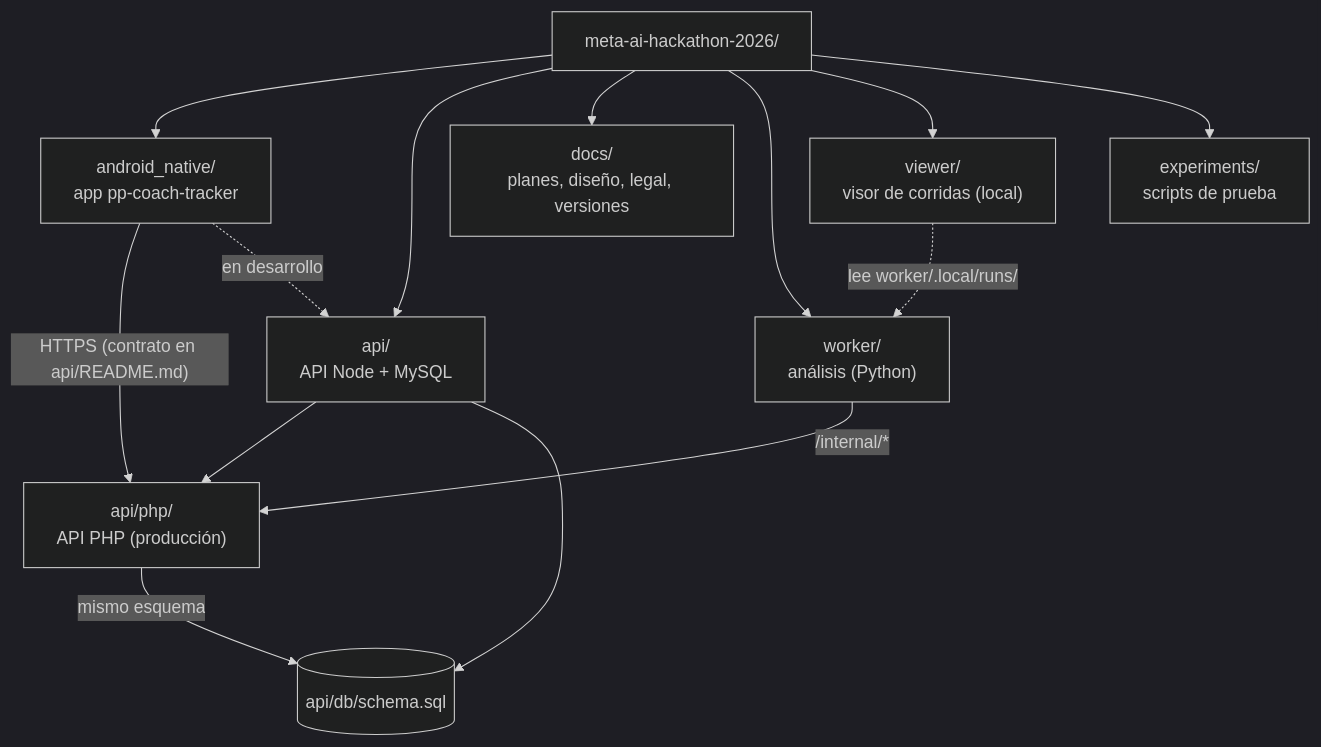
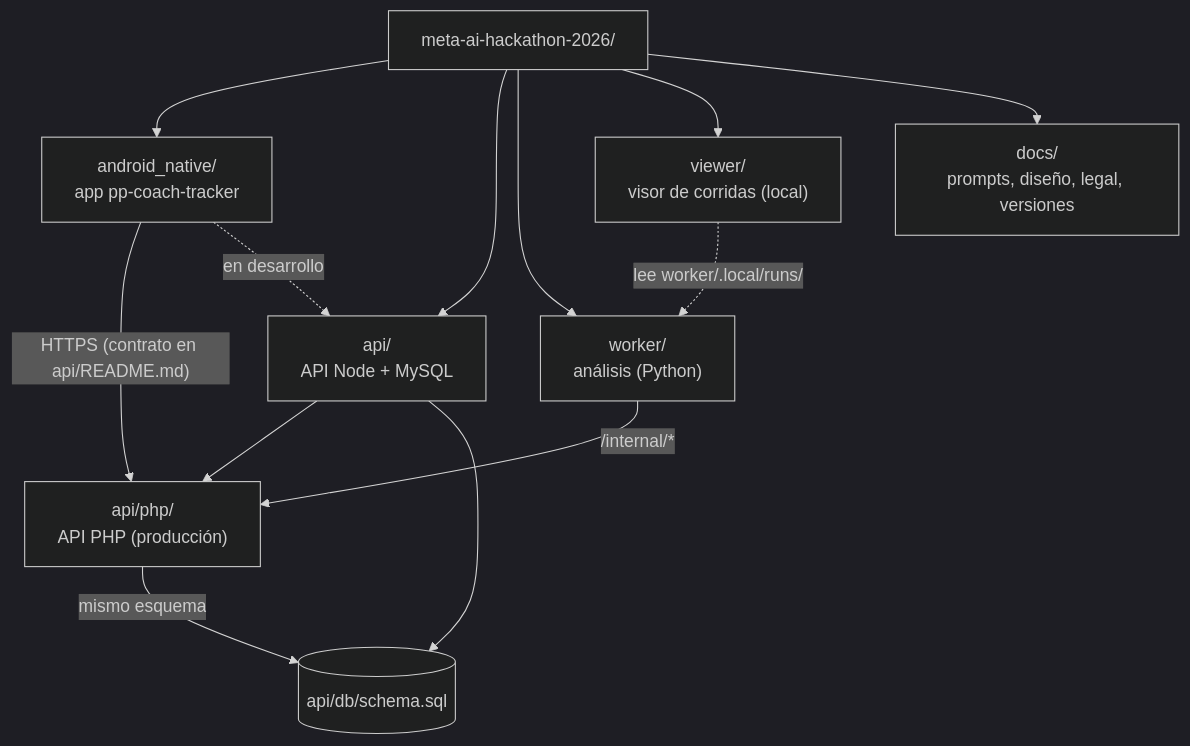
The diagram in docs/arquitectura/01-repositorio.md (pepemxl/meta-ai-hackathon-2026), drawn with Mermaid (dark theme) before and after one commit. The commit also changed other lines of this file and 16 other files, not shown here.

````diff
--- a/docs/arquitectura/01-repositorio.md
+++ b/docs/arquitectura/01-repositorio.md
@@ -3,17 +3,16 @@
 ```mermaid
 flowchart TB
     root["meta-ai-hackathon-2026/"]
     root --> android["android_native/<br/>app pp-coach-tracker"]
     root --> api["api/<br/>API Node + MySQL"]
     api --> php["api/php/<br/>API PHP (producción)"]
-    root --> docs["docs/<br/>planes, diseño, legal, versiones"]
     root --> worker["worker/<br/>análisis (Python)"]
     root --> viewer["viewer/<br/>visor de corridas (local)"]
-    root --> exp["experiments/<br/>scripts de prueba"]
+    root --> docs["docs/<br/>prompts, diseño, legal, versiones"]
     android -->|"HTTPS (contrato en api/README.md)"| php
     android -.->|"en desarrollo"| api
     worker -->|"/internal/*"| php
     viewer -.->|"lee worker/.local/runs/"| worker
     php -->|"mismo esquema"| schema[("api/db/schema.sql")]
     api --> schema
 ```
````
